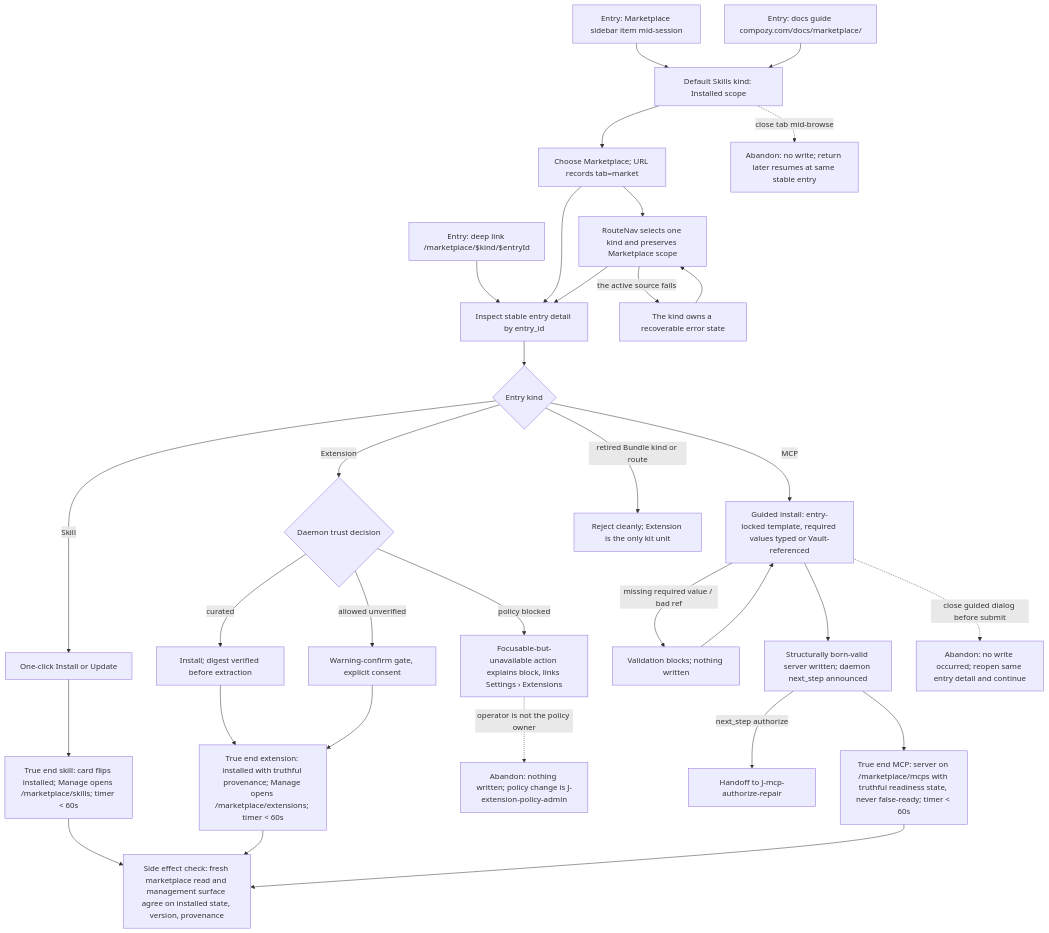
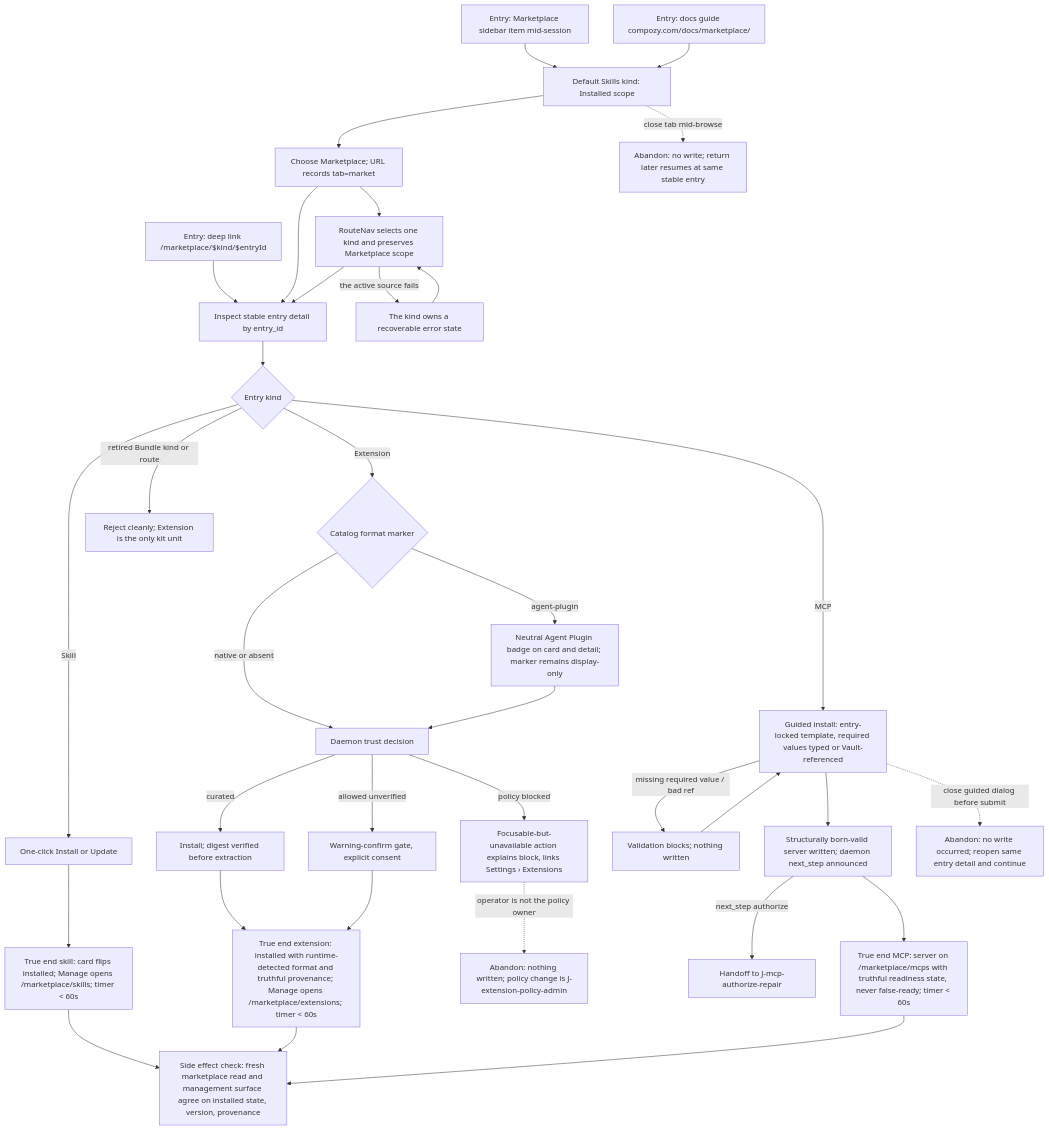
The diagram in docs/qa/journeys/J-marketplace-acquisition.md (compozy/compozy), drawn with Mermaid before and after one commit. The commit also changed other lines of this file and 21 other files, not shown here.

Commit message:
docs: plan agent plugin QA

````diff
--- a/docs/qa/journeys/J-marketplace-acquisition.md
+++ b/docs/qa/journeys/J-marketplace-acquisition.md
@@ -5,34 +5,37 @@
 ```mermaid
 flowchart TD
   A[Entry: Marketplace sidebar item mid-session] --> B[Default Skills kind: Installed scope]
   A2[Entry: deep link /marketplace/$kind/$entryId] --> D
   A3[Entry: docs guide compozy.com/docs/marketplace/] --> B
   B --> B2[Choose Marketplace; URL records tab=market]
   B2 --> C[RouteNav selects one kind and preserves Marketplace scope]
   C -->|the active source fails| C2[The kind owns a recoverable error state]
   C2 --> C
   B2 --> D[Inspect stable entry detail by entry_id]
   C --> D
   D --> E{Entry kind}
   E -->|Skill| F[One-click Install or Update]
   F --> F2[True end skill: card flips installed; Manage opens /marketplace/skills; timer < 60s]
-  E -->|Extension| G{Daemon trust decision}
+  E -->|Extension| G0{Catalog format marker}
+  G0 -->|native or absent| G[Daemon trust decision]
+  G0 -->|agent-plugin| G5[Neutral Agent Plugin badge on card and detail; marker remains display-only]
+  G5 --> G
   G -->|curated| G1[Install; digest verified before extraction]
   G -->|policy blocked| G2[Focusable-but-unavailable action explains block, links Settings › Extensions]
   G -->|allowed unverified| G3[Warning-confirm gate, explicit consent]
-  G1 --> G4[True end extension: installed with truthful provenance; Manage opens /marketplace/extensions; timer < 60s]
+  G1 --> G4[True end extension: installed with runtime-detected format and truthful provenance; Manage opens /marketplace/extensions; timer < 60s]
   G3 --> G4
   G2 -.->|operator is not the policy owner| X2[Abandon: nothing written; policy change is J-extension-policy-admin]
   E -->|MCP| I[Guided install: entry-locked template, required values typed or Vault-referenced]
   E -->|retired Bundle kind or route| X3[Reject cleanly; Extension is the only kit unit]
   I -->|missing required value / bad ref| I2[Validation blocks; nothing written]
   I2 --> I
   I --> I3[Structurally born-valid server written; daemon next_step announced]
   I3 -->|next_step authorize| I4[Handoff to J-mcp-authorize-repair]
   I3 --> I5[True end MCP: server on /marketplace/mcps with truthful readiness state, never false-ready; timer < 60s]
   B -.->|close tab mid-browse| X1[Abandon: no write; return later resumes at same stable entry]
   I -.->|close guided dialog before submit| X4[Abandon: no write occurred; reopen same entry detail and continue]
   F2 --> Z[Side effect check: fresh marketplace read and management surface agree on installed state, version, provenance]
   G4 --> Z
   I5 --> Z
 ```
````
